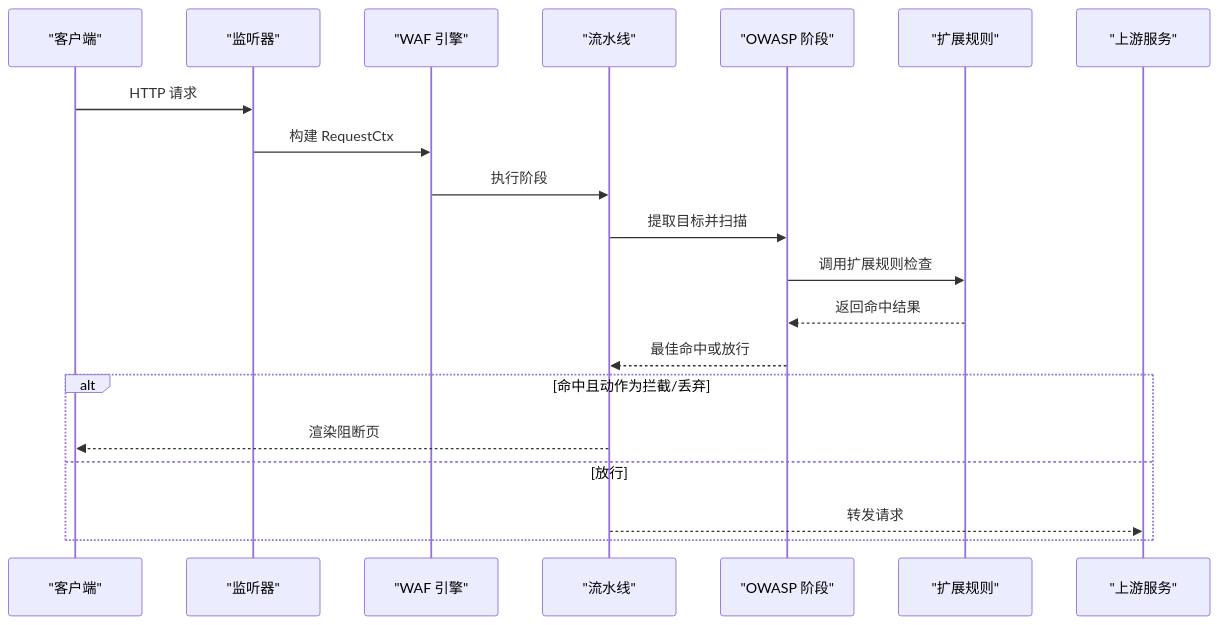
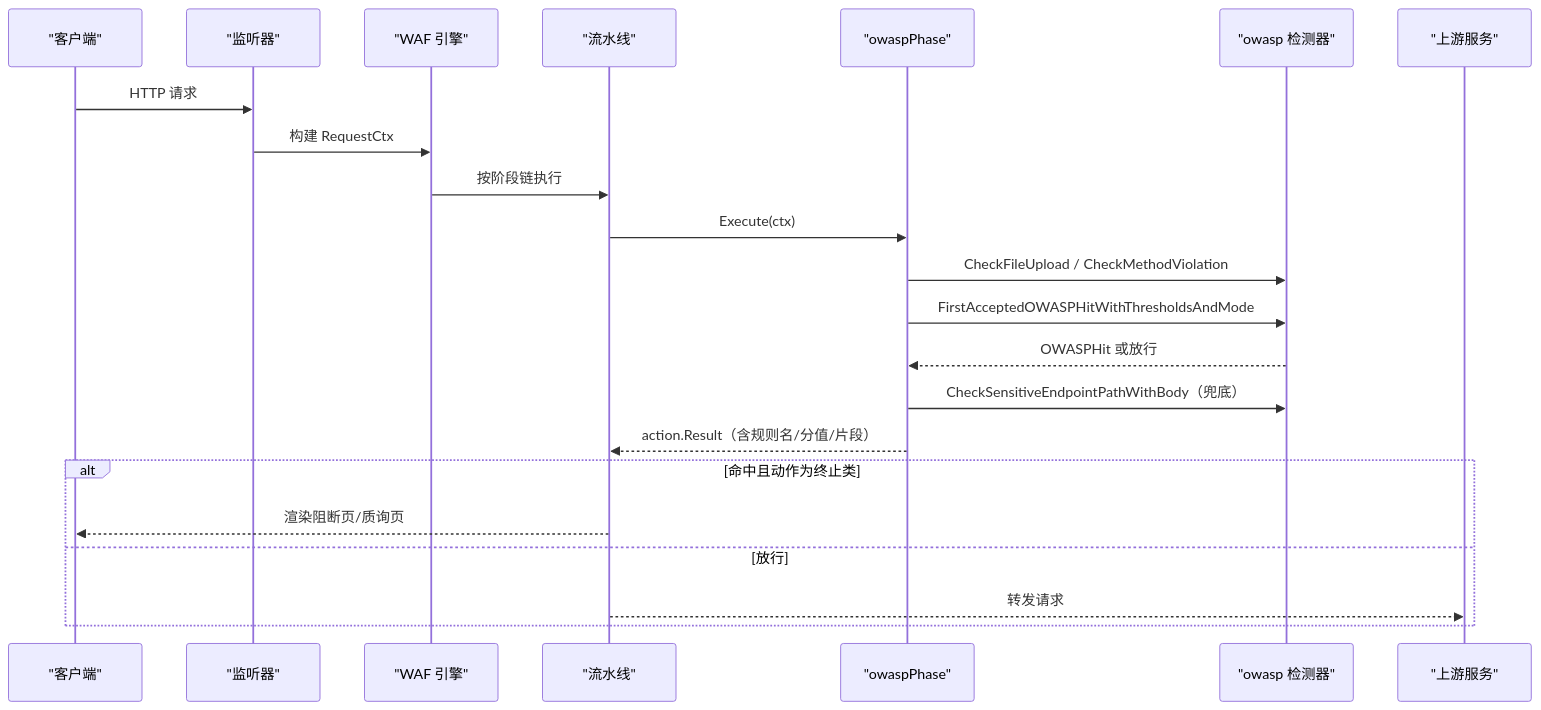
One commit to x01n/My-OpenWaf changed the second of 6 diagrams in docs/安全防护功能/OWASP 检测/OWASP 检测.md. Above: the diagram before and after it, drawn with Mermaid. The commit also changed other lines of this file and 622 other files, not shown here.

````diff
--- a/docs/安全防护功能/OWASP 检测/OWASP 检测.md
+++ b/docs/安全防护功能/OWASP 检测/OWASP 检测.md
@@ -83,22 +147,24 @@
 ```mermaid
 sequenceDiagram
 participant Client as "客户端"
 participant Listener as "监听器"
 participant Engine as "WAF 引擎"
 participant Pipeline as "流水线"
-participant OWASP as "OWASP 阶段"
-participant Ext as "扩展规则"
+participant OWASP as "owaspPhase"
+participant Detect as "owasp 检测器"
 participant Upstream as "上游服务"
 Client->>Listener : HTTP 请求
 Listener->>Engine : 构建 RequestCtx
-Engine->>Pipeline : 执行阶段
-Pipeline->>OWASP : 提取目标并扫描
-OWASP->>Ext : 调用扩展规则检查
-Ext-->>OWASP : 返回命中结果
-OWASP-->>Pipeline : 最佳命中或放行
-alt 命中且动作为拦截/丢弃
-Pipeline-->>Client : 渲染阻断页
+Engine->>Pipeline : 按阶段链执行
+Pipeline->>OWASP : Execute(ctx)
+OWASP->>Detect : CheckFileUpload / CheckMethodViolation
+OWASP->>Detect : FirstAcceptedOWASPHitWithThresholdsAndMode
+Detect-->>OWASP : OWASPHit 或放行
+OWASP->>Detect : CheckSensitiveEndpointPathWithBody（兜底）
+OWASP-->>Pipeline : action.Result（含规则名/分值/片段）
+alt 命中且动作为终止类
+Pipeline-->>Client : 渲染阻断页/质询页
 else 放行
 Pipeline-->>Upstream : 转发请求
 end
 ```
````
